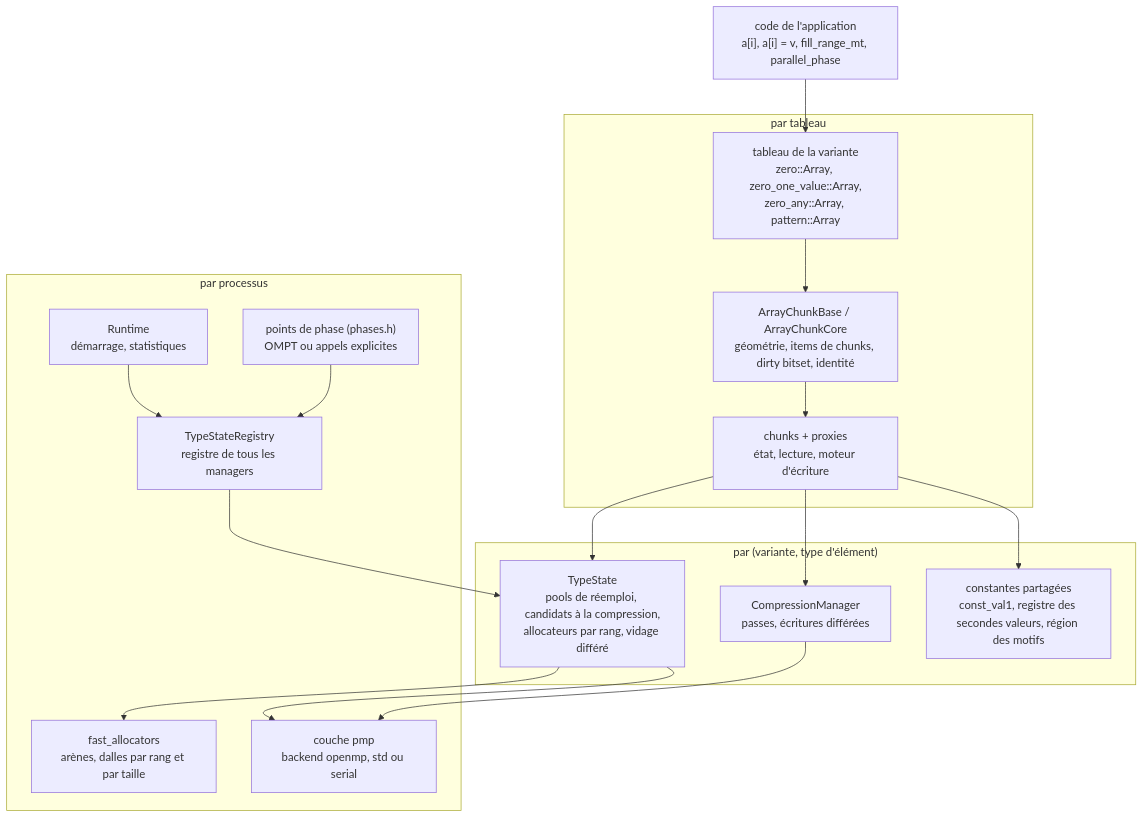
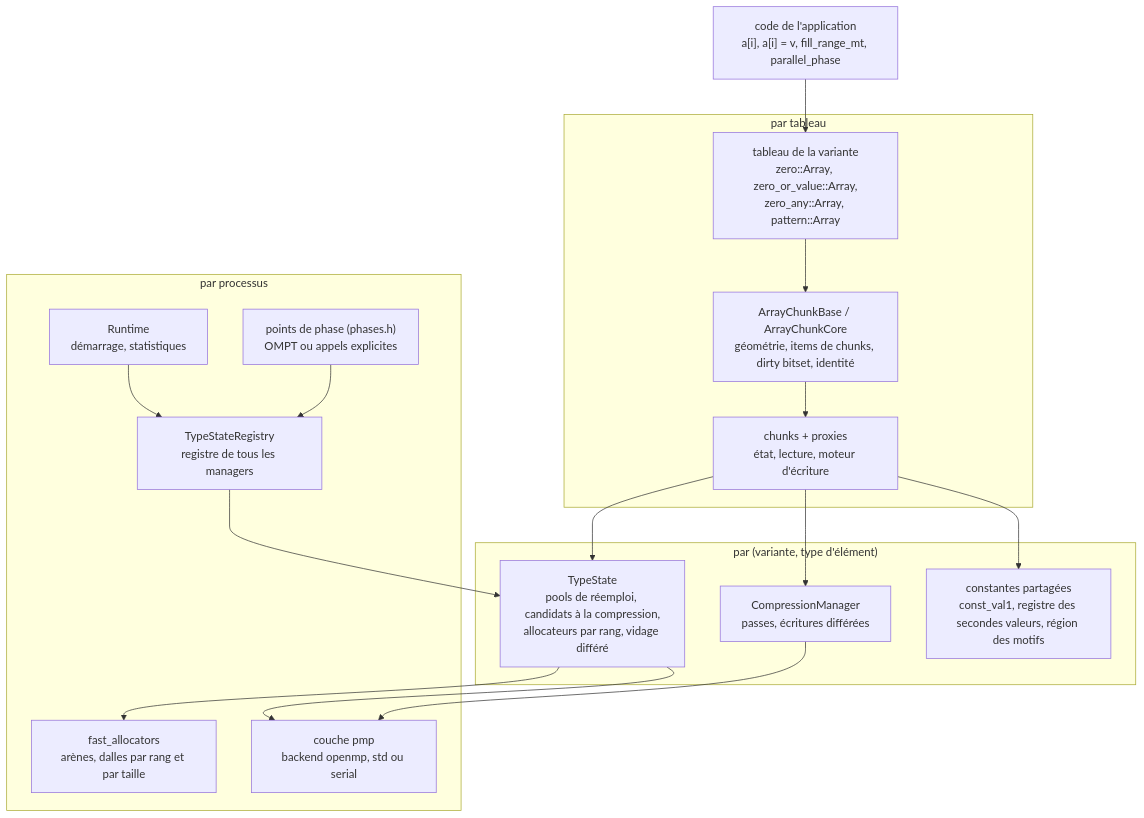
One commit to cea-hpc/shrink-array changed the second of 3 diagrams in docs/conception_fr.md. Above: the diagram before and after it, drawn with Mermaid. The commit also changed other lines of this file and 240 other files, not shown here.

First line of the commit message:
zero_one_value is zero_or_value; the statistics say "second value", not "type-2"

````diff
--- a/docs/conception_fr.md
+++ b/docs/conception_fr.md
@@ -74,31 +74,31 @@
 ```mermaid
 flowchart TB
     app["code de l'application<br/>a[i], a[i] = v, fill_range_mt, parallel_phase"]
     subgraph per_array["par tableau"]
-        arr["tableau de la variante<br/>zero::Array, zero_one_value::Array,<br/>zero_any::Array, pattern::Array"]
+        arr["tableau de la variante<br/>zero::Array, zero_or_value::Array,<br/>zero_any::Array, pattern::Array"]
         base["ArrayChunkBase / ArrayChunkCore<br/>géométrie, items de chunks, dirty bitset, identité"]
         chk["chunks + proxies<br/>état, lecture, moteur d'écriture"]
     end
     subgraph per_type["par (variante, type d'élément)"]
         mgr["TypeState<br/>pools de réemploi, candidats à la compression,<br/>allocateurs par rang, vidage différé"]
         cmp["CompressionManager<br/>passes, écritures différées"]
         reg["constantes partagées<br/>const_val1, registre des secondes valeurs, région des motifs"]
     end
     subgraph per_process["par processus"]
         all["TypeStateRegistry<br/>registre de tous les managers"]
         par["Runtime<br/>démarrage, statistiques"]
         phase["points de phase (phases.h)<br/>OMPT ou appels explicites"]
         pmp["couche pmp<br/>backend openmp, std ou serial"]
         fa["fast_allocators<br/>arènes, dalles par rang et par taille"]
     end
     app --> arr --> base --> chk
     chk --> mgr
     chk --> cmp
     chk --> reg
     mgr --> fa
     all --> mgr
     par --> all
     phase --> all
     cmp --> pmp
     mgr --> pmp
 ```
````
